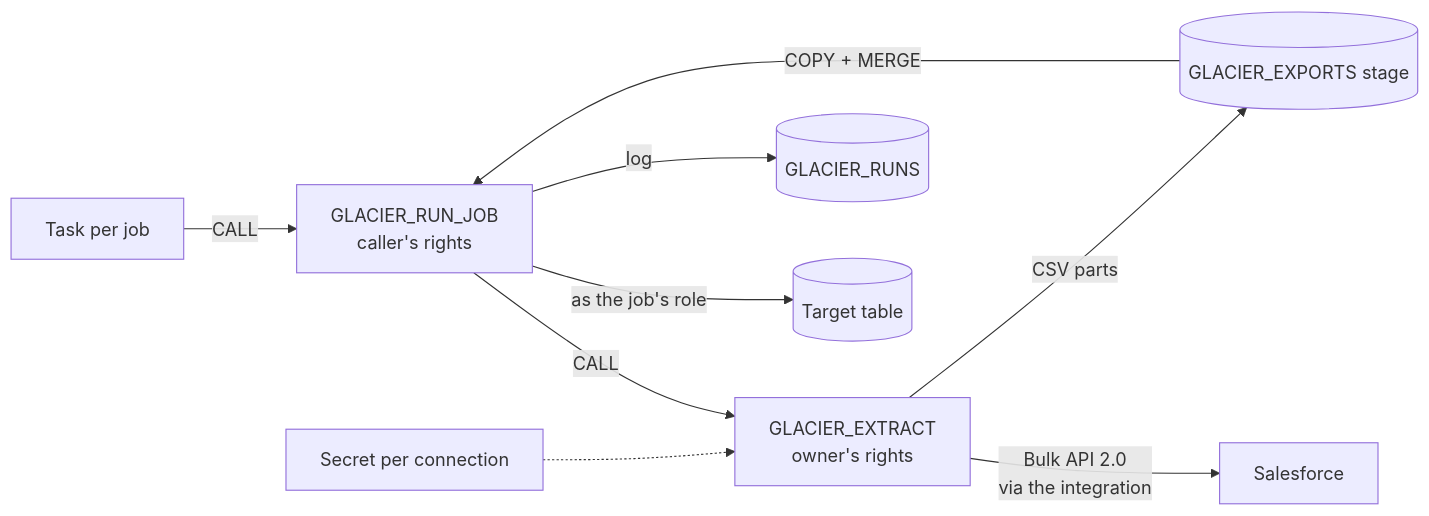
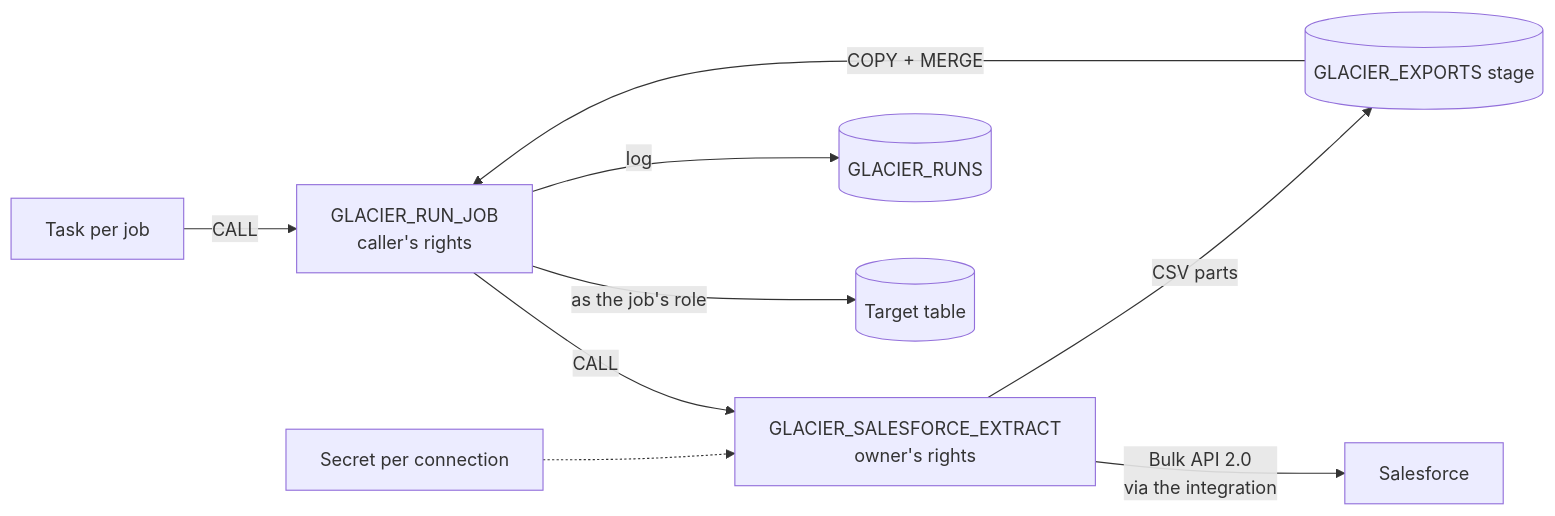
Before and after one commit to cranforce/Glacier: the diagram in docs/snowflake-setup.md, drawn with Mermaid. The commit also changed other lines of this file and 24 other files, not shown here.

````diff
--- a/docs/snowflake-setup.md
+++ b/docs/snowflake-setup.md
@@ -17,11 +17,11 @@
 ```mermaid
 flowchart LR
   TASK["Task per job"] -- "CALL" --> RUN["GLACIER_RUN_JOB<br/>caller's rights"]
-  RUN -- "CALL" --> EXT["GLACIER_EXTRACT<br/>owner's rights"]
+  RUN -- "CALL" --> EXT["GLACIER_SALESFORCE_EXTRACT<br/>owner's rights"]
   SEC["Secret per connection"] -.-> EXT
   EXT -- "Bulk API 2.0<br/>via the integration" --> SF["Salesforce"]
   EXT -- "CSV parts" --> STG[("GLACIER_EXPORTS stage")]
   STG -- "COPY + MERGE" --> RUN
   RUN -- "as the job's role" --> DEST[("Target table")]
   RUN -- "log" --> RUNS[("GLACIER_RUNS")]
 ```
````
